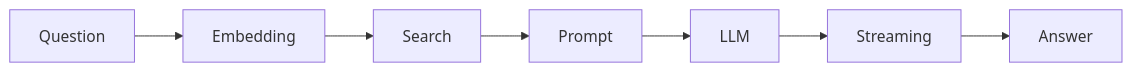
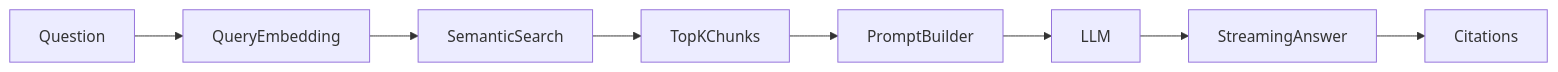
Before and after one commit to Urvity03/MLCopilot-Platform: the fourth of 5 diagrams in README.md, drawn with Mermaid. The commit also changed other lines of this file, not shown here.

````diff
--- a/README.md
+++ b/README.md
@@ -79,4 +158,10 @@
 ``` mermaid
 flowchart LR
-Question-->Embedding-->Search-->Prompt-->LLM-->Streaming-->Answer
+Question-->QueryEmbedding
+QueryEmbedding-->SemanticSearch
+SemanticSearch-->TopKChunks
+TopKChunks-->PromptBuilder
+PromptBuilder-->LLM
+LLM-->StreamingAnswer
+StreamingAnswer-->Citations
 ```
````
